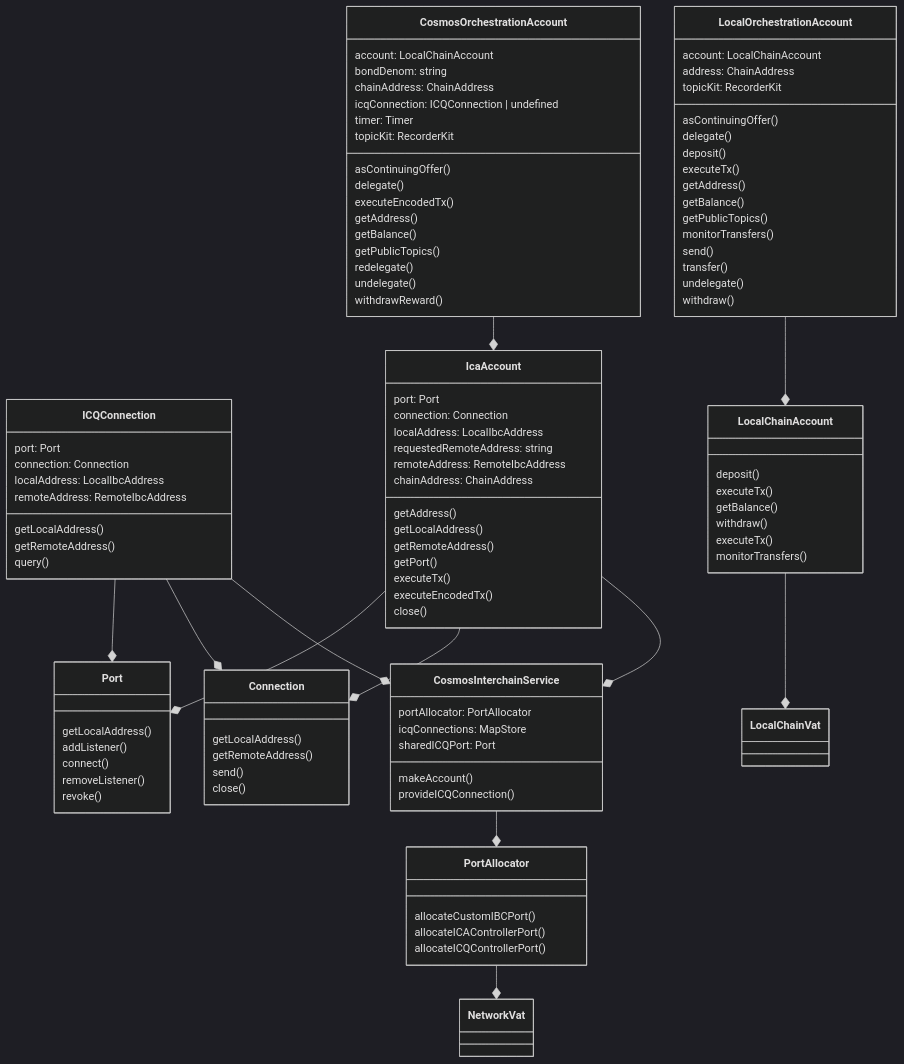
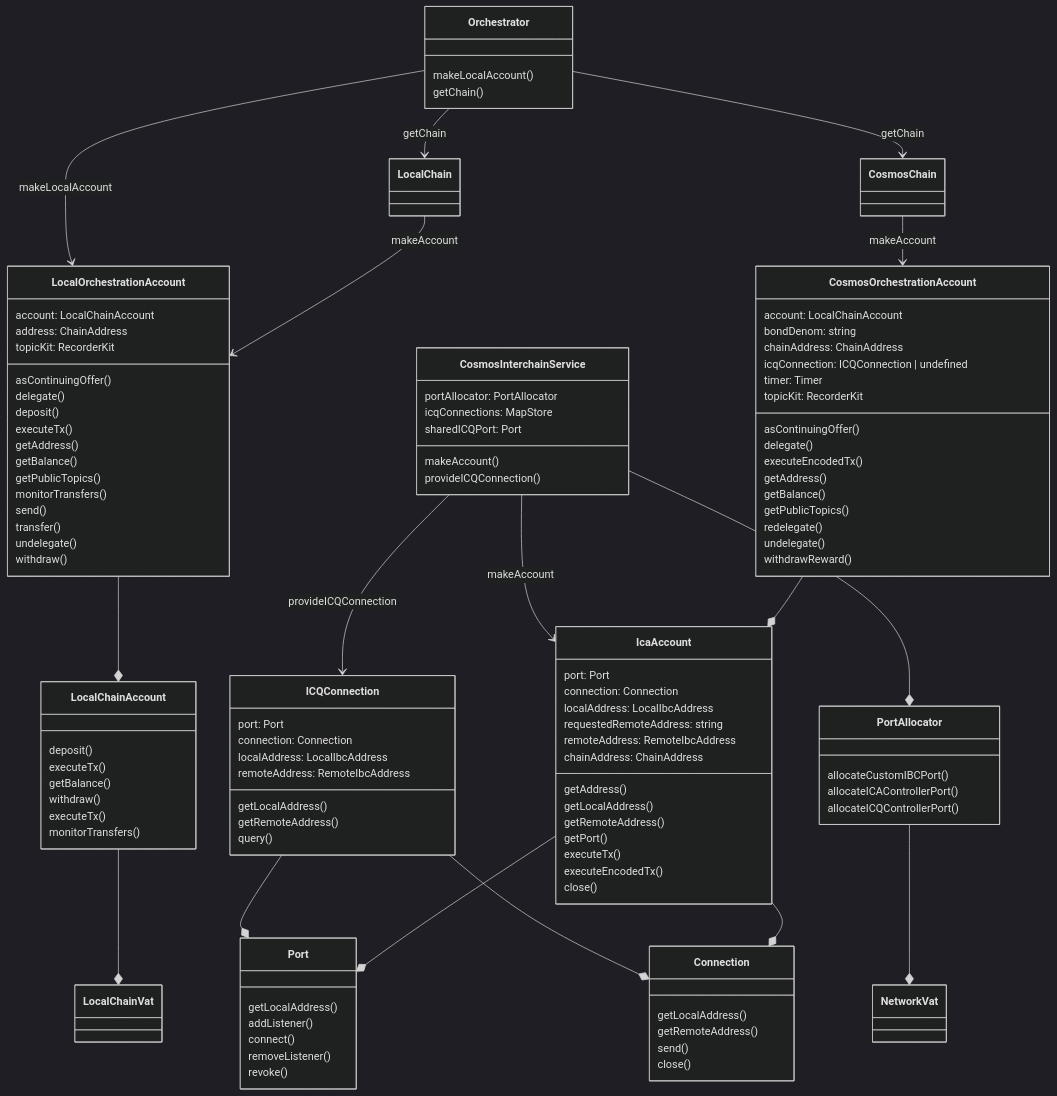
Before and after one commit to Agoric/agoric-sdk: the diagram in packages/orchestration/src/exos/README.md, drawn with Mermaid (dark theme).

Commit message:
docs: reorg orch exos diagram around how to make things (WIP)

```diff
--- a/packages/orchestration/src/exos/README.md
+++ b/packages/orchestration/src/exos/README.md
@@ -10,11 +10,31 @@
     ICQConnection --* Connection
     IcaAccount --* Port
     IcaAccount --* Connection
-    IcaAccount --* CosmosInterchainService
-    ICQConnection --* CosmosInterchainService
     CosmosInterchainService --* PortAllocator
     PortAllocator --* NetworkVat
     LocalChainAccount --* LocalChainVat
+
+    CosmosInterchainService --> IcaAccount : makeAccount
+    CosmosInterchainService --> ICQConnection : provideICQConnection
+
+    class Orchestrator {
+        makeLocalAccount()
+        getChain()
+    }
+    Orchestrator --> LocalOrchestrationAccount: makeLocalAccount
+    Orchestrator --> LocalChain: getChain
+    Orchestrator --> CosmosChain: getChain
+
+    class CosmosChain {
+
+    }
+    CosmosChain --> CosmosOrchestrationAccount: makeAccount
+
+    class LocalChain {
+
+    }
+    LocalChain --> LocalOrchestrationAccount: makeAccount
+
 
     class IcaAccount {
       port: Port
```
